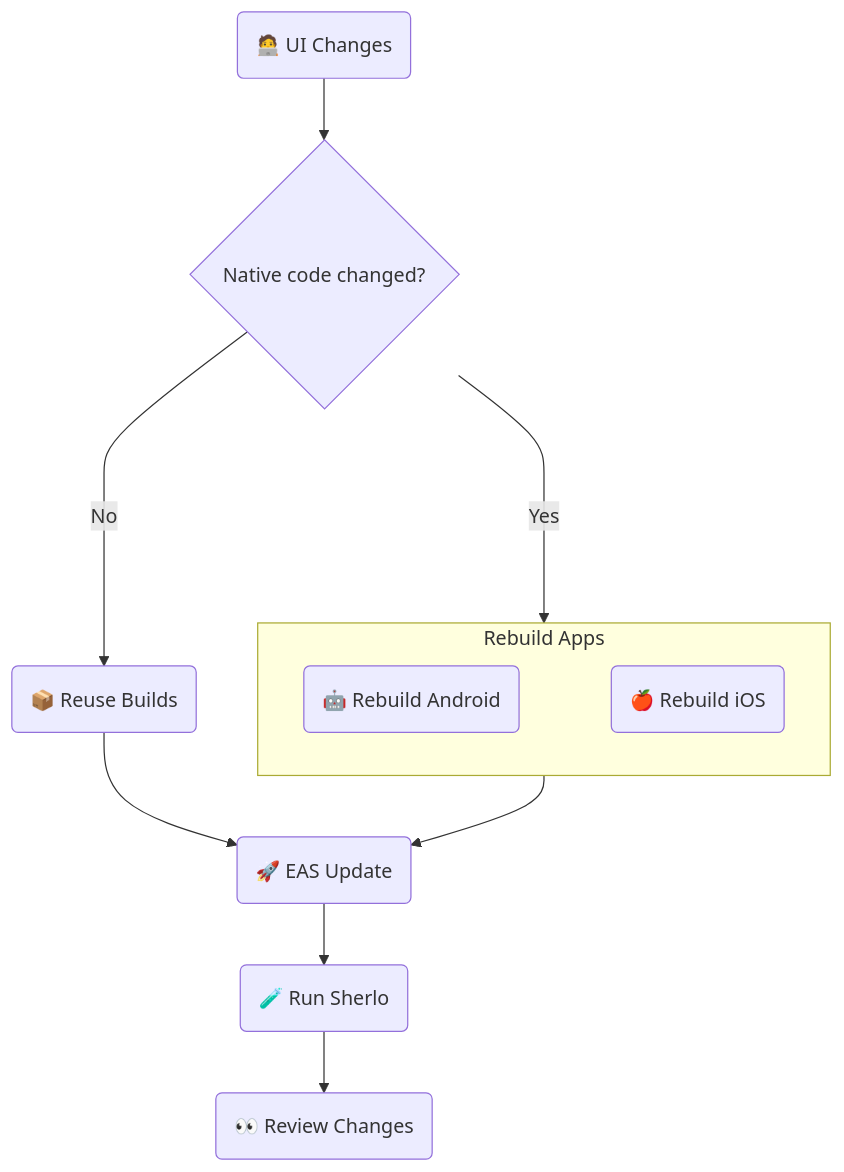
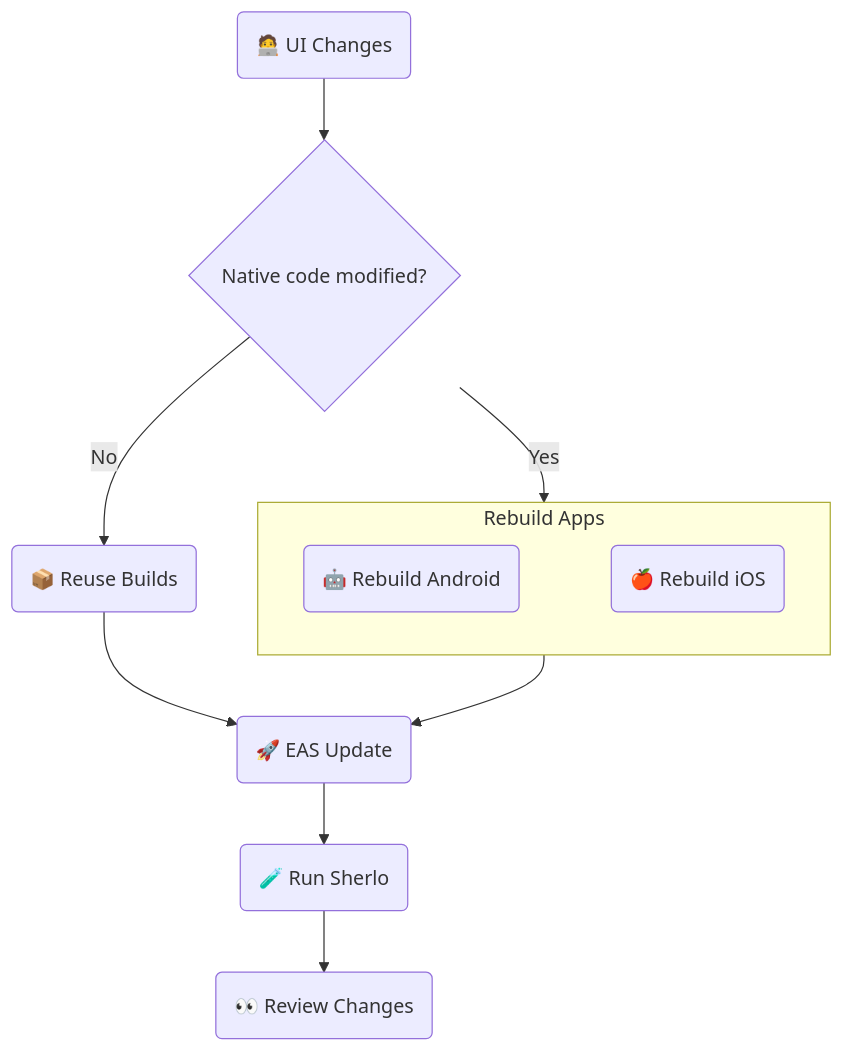
One commit to sherlo-io/sherlo changed the diagram in examples/eas-update/README.md. Above: the diagram before and after it, drawn with Mermaid.

Commit message:
no message

````diff
--- a/examples/eas-update/README.md
+++ b/examples/eas-update/README.md
@@ -13,24 +13,23 @@
 ```mermaid
 flowchart TB
    UI(🧑‍💻 UI Changes)
-   Check{Native code changed?}
+   Check{Native code modified?}
    Reuse(📦 Reuse Builds)
    Update(🚀 EAS Update)
    Sherlo(🧪 Run Sherlo)
    Review(👀 Review Changes)
 
    subgraph Rebuild[Rebuild Apps]
       direction LR
       Android(🤖 Rebuild Android)
       iOS(🍎 Rebuild iOS)
       Android ~~~ iOS
    end
 
    UI --> Check
-   Check ---->|Yes| Rebuild
    Check -->|No| Reuse
-   Rebuild --> Update
-   Reuse --> Update
+   Check -->|Yes| Rebuild
+   Reuse & Rebuild --> Update
    Update --> Sherlo
    Sherlo --> Review
 ```
````
